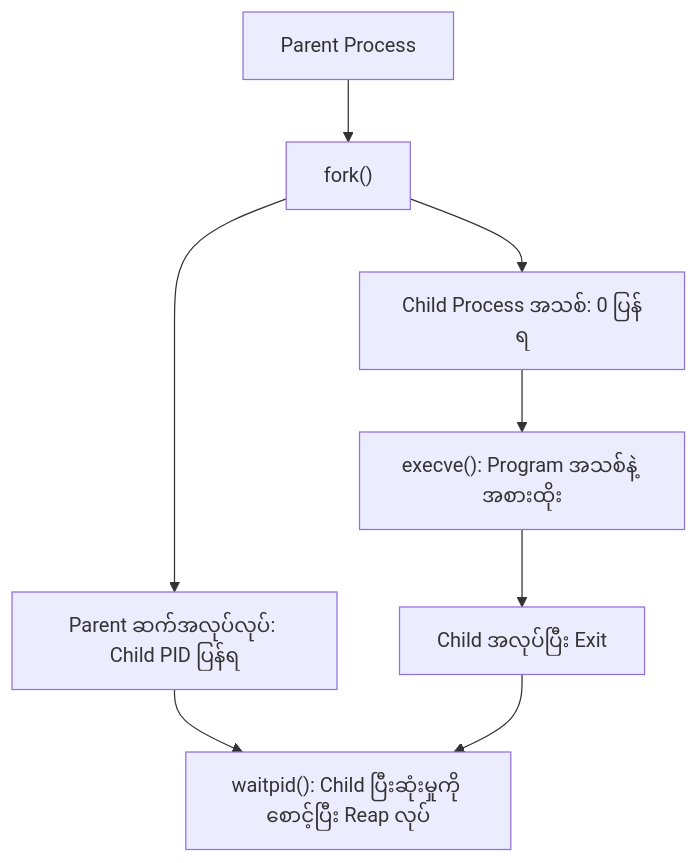
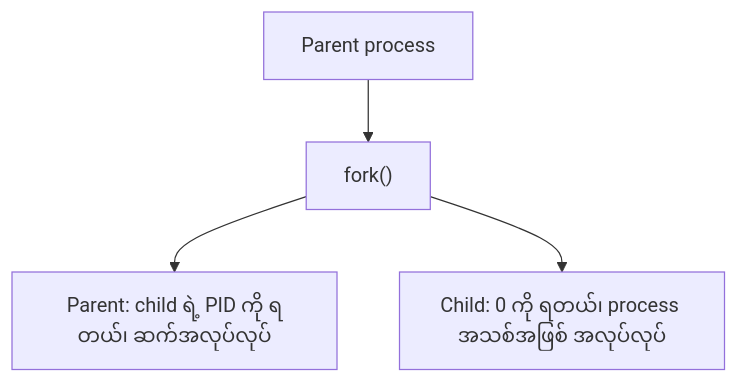
Before and after one commit to yul1ux/linux-containers-under-the-hood: the fourth of 9 diagrams in docs/part-01-fundamentals/chapter-02-linux-processes-and-system-calls.md, drawn with Mermaid. The commit also changed other lines of this file, not shown here.

````diff
--- a/docs/part-01-fundamentals/chapter-02-linux-processes-and-system-calls.md
+++ b/docs/part-01-fundamentals/chapter-02-linux-processes-and-system-calls.md
@@ -216,10 +143,6 @@
 ```mermaid
 flowchart TD
-    A["Parent Process"] --> B["fork()"]
-    B --> C["Parent ဆက်အလုပ်လုပ်: Child PID ပြန်ရ"]
-    B --> D["Child Process အသစ်: 0 ပြန်ရ"]
-    D --> E["execve(): Program အသစ်နဲ့ အစားထိုး"]
-    E --> F["Child အလုပ်ပြီး Exit"]
-    C --> G["waitpid(): Child ပြီးဆုံးမှုကို စောင့်ပြီး Reap လုပ်"]
-    F --> G
+  A["Parent process"] --> B["fork()"]
+  B --> C["Parent: child ရဲ့ PID ကို ရတယ်၊ ဆက်အလုပ်လုပ်"]
+  B --> D["Child: 0 ကို ရတယ်၊ process အသစ်အဖြစ် အလုပ်လုပ်"]
 ```
````
